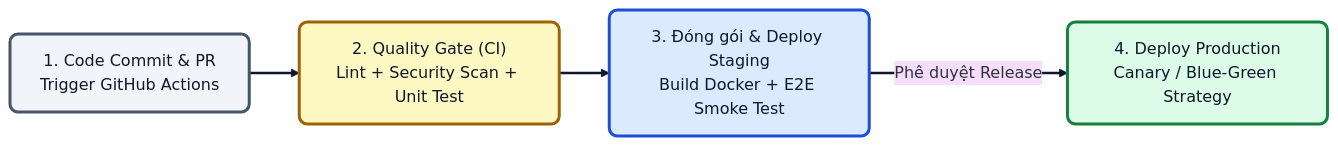
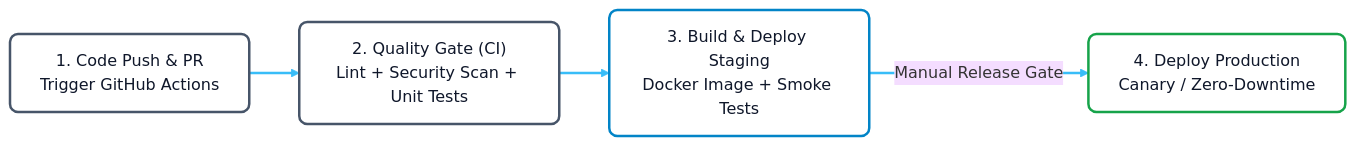
Before and after one commit to Huy210205/ts-learning: the seventh of 8 diagrams in PRODUCT-DEVELOPMENT-PROCESS.md, drawn with Mermaid. The commit also changed other lines of this file, not shown here.

````diff
--- a/PRODUCT-DEVELOPMENT-PROCESS.md
+++ b/PRODUCT-DEVELOPMENT-PROCESS.md
@@ -299,19 +269,18 @@
 ```mermaid
 %%{init: {'theme': 'base', 'themeVariables': { 'fontFamily': 'sans-serif' }}}%%
 flowchart LR
-    classDef p1 fill:#f1f5f9,stroke:#475569,stroke-width:3px,color:#0f172a,rx:8px,ry:8px
-    classDef p2 fill:#fef9c3,stroke:#a16207,stroke-width:3px,color:#0f172a,rx:8px,ry:8px
-    classDef p3 fill:#dbeafe,stroke:#1d4ed8,stroke-width:3px,color:#0f172a,rx:8px,ry:8px
-    classDef p4 fill:#dcfce7,stroke:#15803d,stroke-width:3px,color:#0f172a,rx:8px,ry:8px
+    classDef ciBox fill:#ffffff,stroke:#475569,stroke-width:2.5px,color:#0f172a,rx:8px,ry:8px
+    classDef stageBox fill:#ffffff,stroke:#0284c7,stroke-width:2.5px,color:#0f172a,rx:8px,ry:8px
+    classDef prodBox fill:#ffffff,stroke:#16a34a,stroke-width:2.5px,color:#0f172a,rx:8px,ry:8px
 
-    P1["1. Code Commit & PR<br/>Trigger GitHub Actions"]:::p1
-    P2["2. Quality Gate (CI)<br/>Lint + Security Scan + Unit Test"]:::p2
-    P3["3. Đóng gói & Deploy Staging<br/>Build Docker + E2E Smoke Test"]:::p3
-    P4["4. Deploy Production<br/>Canary / Blue-Green Strategy"]:::p4
+    P1["1. Code Push & PR<br/>Trigger GitHub Actions"]:::ciBox
+    P2["2. Quality Gate (CI)<br/>Lint + Security Scan + Unit Tests"]:::ciBox
+    P3["3. Build & Deploy Staging<br/>Docker Image + Smoke Tests"]:::stageBox
+    P4["4. Deploy Production<br/>Canary / Zero-Downtime"]:::prodBox
 
     P1 ==> P2
     P2 ==> P3
-    P3 ==>|"Phê duyệt Release"| P4
+    P3 ==>|"Manual Release Gate"| P4
 
-    linkStyle default stroke:#0f172a,stroke-width:2.5px;
+    linkStyle default stroke:#38bdf8,stroke-width:2.5px;
 ```
````
